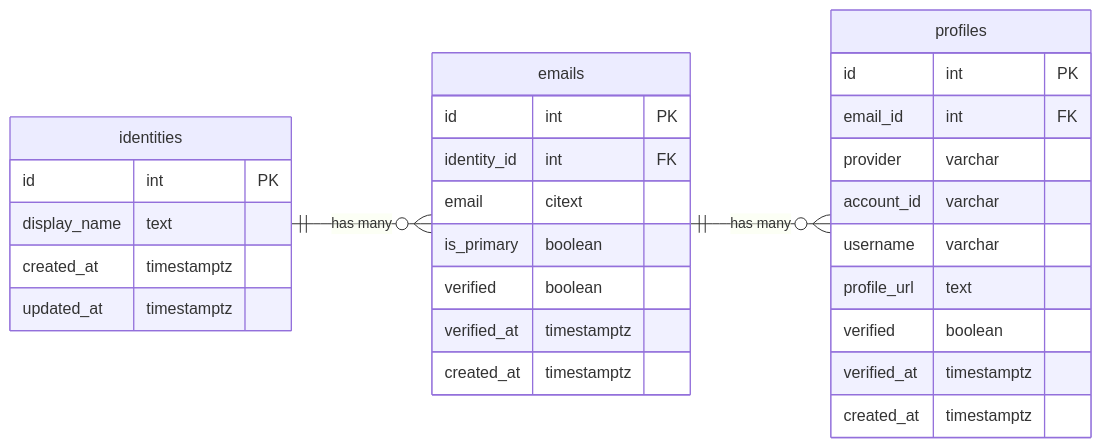
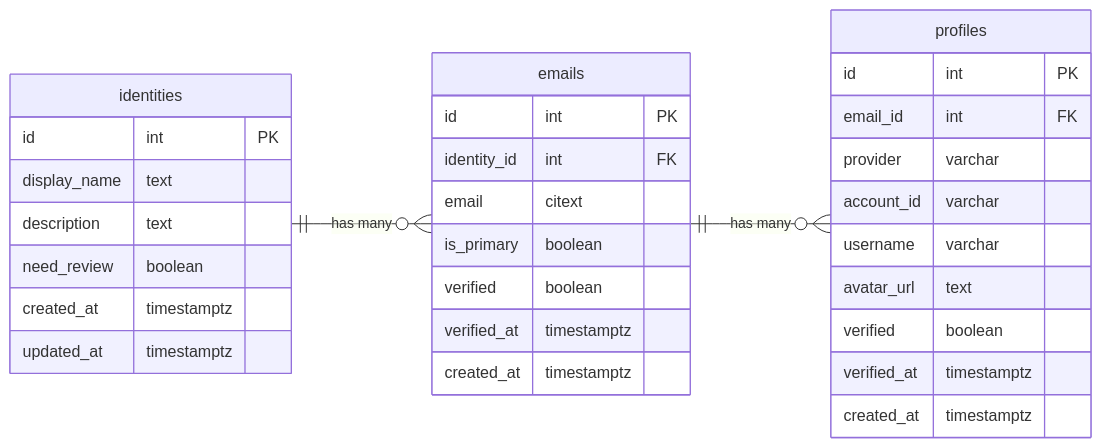
One commit to CppDigest/cppa-unified-dashboard changed the diagram in BoostUserTable/combine_user_tables_plan.md. Above: the diagram before and after it, drawn with Mermaid.

Commit message:
#108 - minor revise of combine_user_tables_plan

````diff
--- a/BoostUserTable/combine_user_tables_plan.md
+++ b/BoostUserTable/combine_user_tables_plan.md
@@ -51,35 +51,37 @@
 ```mermaid
 erDiagram
     direction LR
     identities {
         id int PK
         display_name text
+        description text
+        need_review boolean
         created_at timestamptz
         updated_at timestamptz
     }
 
     emails {
         id int PK
         identity_id int FK
         email citext
         is_primary boolean
         verified boolean
         verified_at timestamptz
         created_at timestamptz
     }
 
     profiles {
         id int PK
         email_id int FK
         provider varchar
         account_id varchar
         username varchar
-        profile_url text
+        avatar_url text
         verified boolean
         verified_at timestamptz
         created_at timestamptz
     }
 
     identities ||--o{ emails : "has many"
     emails ||--o{ profiles : "has many"
 ```
````
